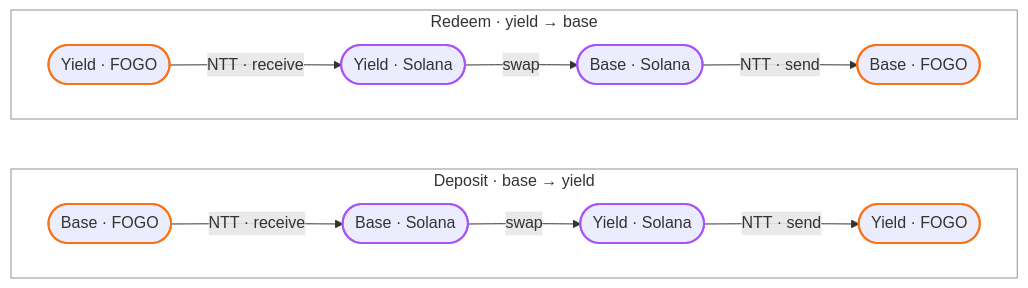
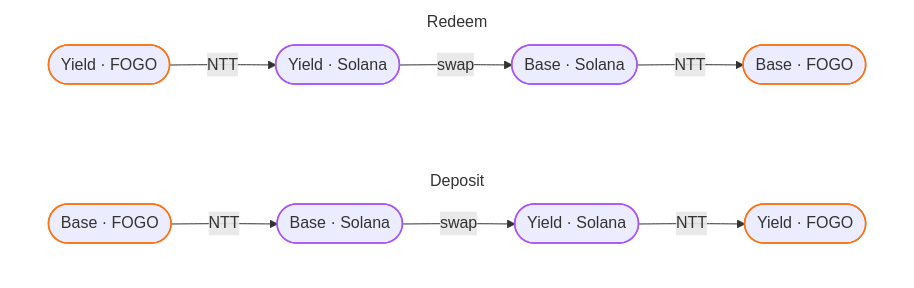
One commit to pointgroup-labs/fogo-yield changed the diagram in README.md. Above: the diagram before and after it, drawn with Mermaid.

Commit message:
docs: refine How it works flowchart

````diff
--- a/README.md
+++ b/README.md
@@ -18,24 +18,18 @@
 ```mermaid
 flowchart LR
-    subgraph dep ["Deposit · base → yield"]
+    subgraph dep [Deposit]
         direction LR
-        A(["Base · FOGO"]) -->|"NTT · receive"| B(["Base · Solana"])
-        B -->|swap| C(["Yield · Solana"])
-        C -->|"NTT · send"| D(["Yield · FOGO"])
+        A(["Base · FOGO"]) -->|NTT| B(["Base · Solana"]) -->|swap| C(["Yield · Solana"]) -->|NTT| D(["Yield · FOGO"])
     end
-    subgraph wd ["Redeem · yield → base"]
+    subgraph wd [Redeem]
         direction LR
-        E(["Yield · FOGO"]) -->|"NTT · receive"| F(["Yield · Solana"])
-        F -->|swap| G(["Base · Solana"])
-        G -->|"NTT · send"| H(["Base · FOGO"])
+        E(["Yield · FOGO"]) -->|NTT| F(["Yield · Solana"]) -->|swap| G(["Base · Solana"]) -->|NTT| H(["Base · FOGO"])
     end
 
-    %% Accent nodes by chain (FOGO ember / Solana violet); leave fills to
-    %% GitHub's adaptive light-dark theme. Kill the default yellow cluster bg.
-    classDef fogo stroke:#f97316,stroke-width:2px
-    classDef sol stroke:#a855f7,stroke-width:2px
+    classDef fogo stroke:#f97316,stroke-width:1.5px
+    classDef sol stroke:#a855f7,stroke-width:1.5px
     class A,D,E,H fogo
     class B,C,F,G sol
-    style dep fill:transparent,stroke:#8b949e,stroke-width:1px
-    style wd fill:transparent,stroke:#8b949e,stroke-width:1px
+    style dep fill:transparent,stroke:transparent
+    style wd fill:transparent,stroke:transparent
 ```
````
